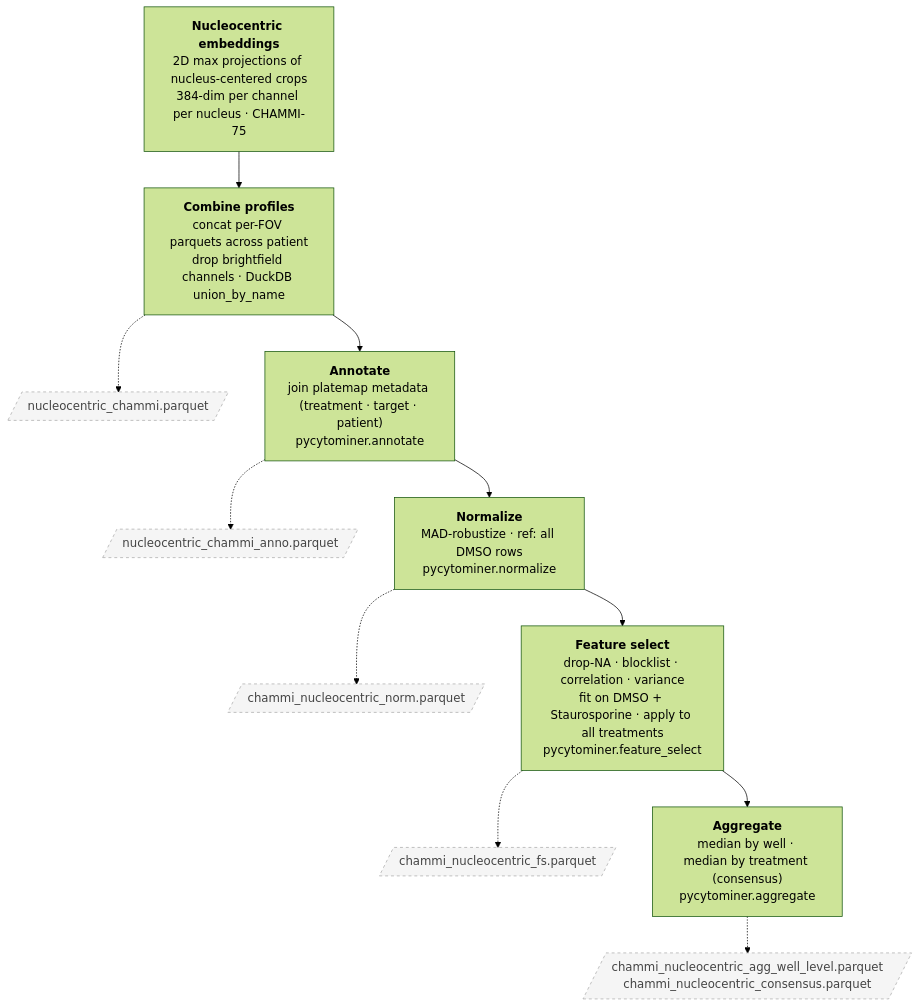
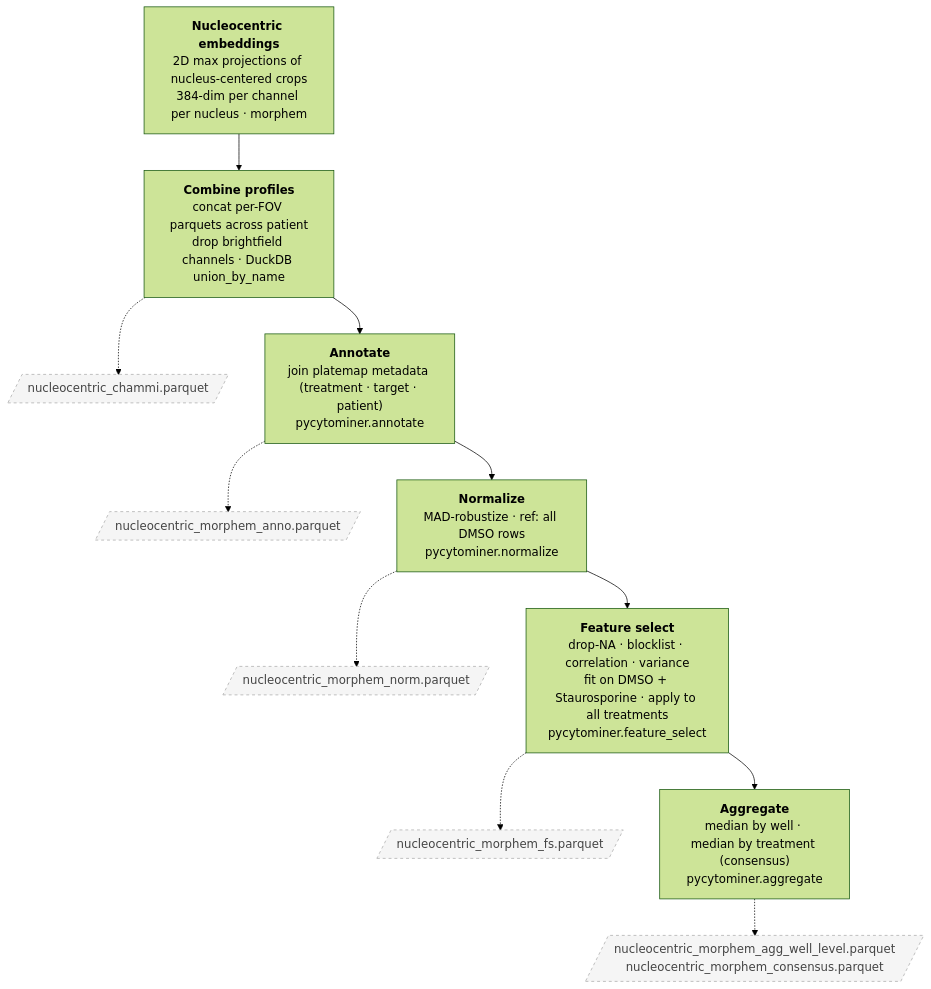
The sixth of 6 diagrams in README.md (WayScience/NF1_3D_organoid_profiling_pipeline), drawn with Mermaid (forest theme) before and after one commit. The commit also changed other lines of this file and 50 other files, not shown here.

````diff
--- a/README.md
+++ b/README.md
@@ -468,21 +469,21 @@
 ```mermaid
 flowchart TD
     classDef out fill:#f5f5f5,stroke:#aaa,stroke-dasharray:4 4,color:#444
 
-    A["<b>Nucleocentric embeddings</b><br/>2D max projections of nucleus-centered crops<br/>384-dim per channel per nucleus · CHAMMI-75"]
+    A["<b>Nucleocentric embeddings</b><br/>2D max projections of nucleus-centered crops<br/>384-dim per channel per nucleus · morphem"]
 
     A --> B["<b>Combine profiles</b><br/>concat per-FOV parquets across patient<br/>drop brightfield channels · DuckDB union_by_name"]
     B -.-> oCombine[/"nucleocentric_chammi.parquet"/]:::out
 
     B --> C["<b>Annotate</b><br/>join platemap metadata (treatment · target · patient)<br/>pycytominer.annotate"]
-    C -.-> oAnnotate[/"nucleocentric_chammi_anno.parquet"/]:::out
+    C -.-> oAnnotate[/"nucleocentric_morphem_anno.parquet"/]:::out
 
     C --> D["<b>Normalize</b><br/>MAD-robustize · ref: all DMSO rows<br/>pycytominer.normalize"]
-    D -.-> oNorm[/"chammi_nucleocentric_norm.parquet"/]:::out
+    D -.-> oNorm[/"nucleocentric_morphem_norm.parquet"/]:::out
 
     D --> E["<b>Feature select</b><br/>drop-NA · blocklist · correlation · variance<br/>fit on DMSO + Staurosporine · apply to all treatments<br/>pycytominer.feature_select"]
-    E -.-> oFS[/"chammi_nucleocentric_fs.parquet"/]:::out
+    E -.-> oFS[/"nucleocentric_morphem_fs.parquet"/]:::out
 
     E --> F["<b>Aggregate</b><br/>median by well · median by treatment (consensus)<br/>pycytominer.aggregate"]
-    F -.-> oAgg[/"chammi_nucleocentric_agg_well_level.parquet<br/>chammi_nucleocentric_consensus.parquet"/]:::out
+    F -.-> oAgg[/"nucleocentric_morphem_agg_well_level.parquet<br/>nucleocentric_morphem_consensus.parquet"/]:::out
 ```
````
